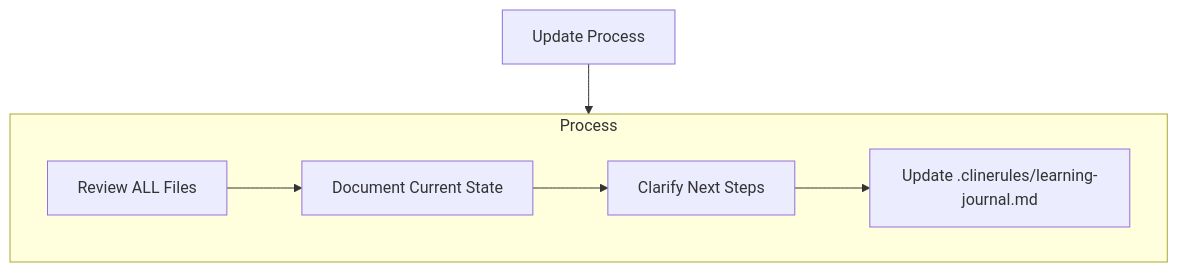
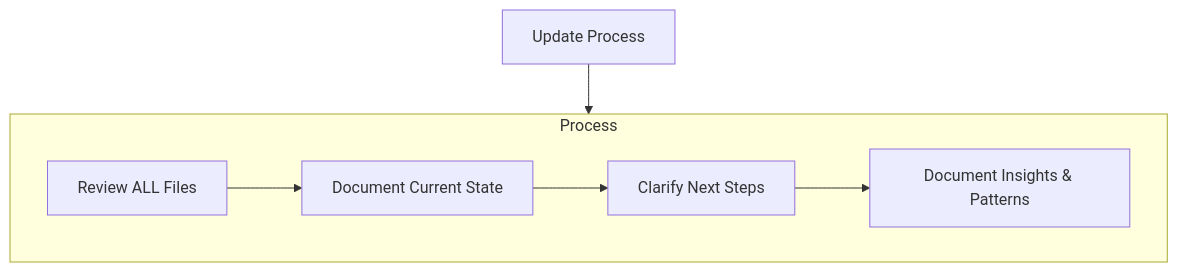
One commit to gitpod-io/gitpod changed the fourth of 4 diagrams in .clinerules/memory-bank.md. Above: the diagram before and after it, drawn with Mermaid. The commit also changed other lines of this file, not shown here.

````diff
--- a/.clinerules/memory-bank.md
+++ b/.clinerules/memory-bank.md
@@ -104,15 +108,15 @@
 ```mermaid
 flowchart TD
     Start[Update Process]
 
     subgraph Process
         P1[Review ALL Files]
         P2[Document Current State]
         P3[Clarify Next Steps]
-        P4[Update .clinerules/learning-journal.md]
+        P4[Document Insights & Patterns]
 
         P1 --> P2 --> P3 --> P4
     end
 
     Start --> Process
 ```
````
